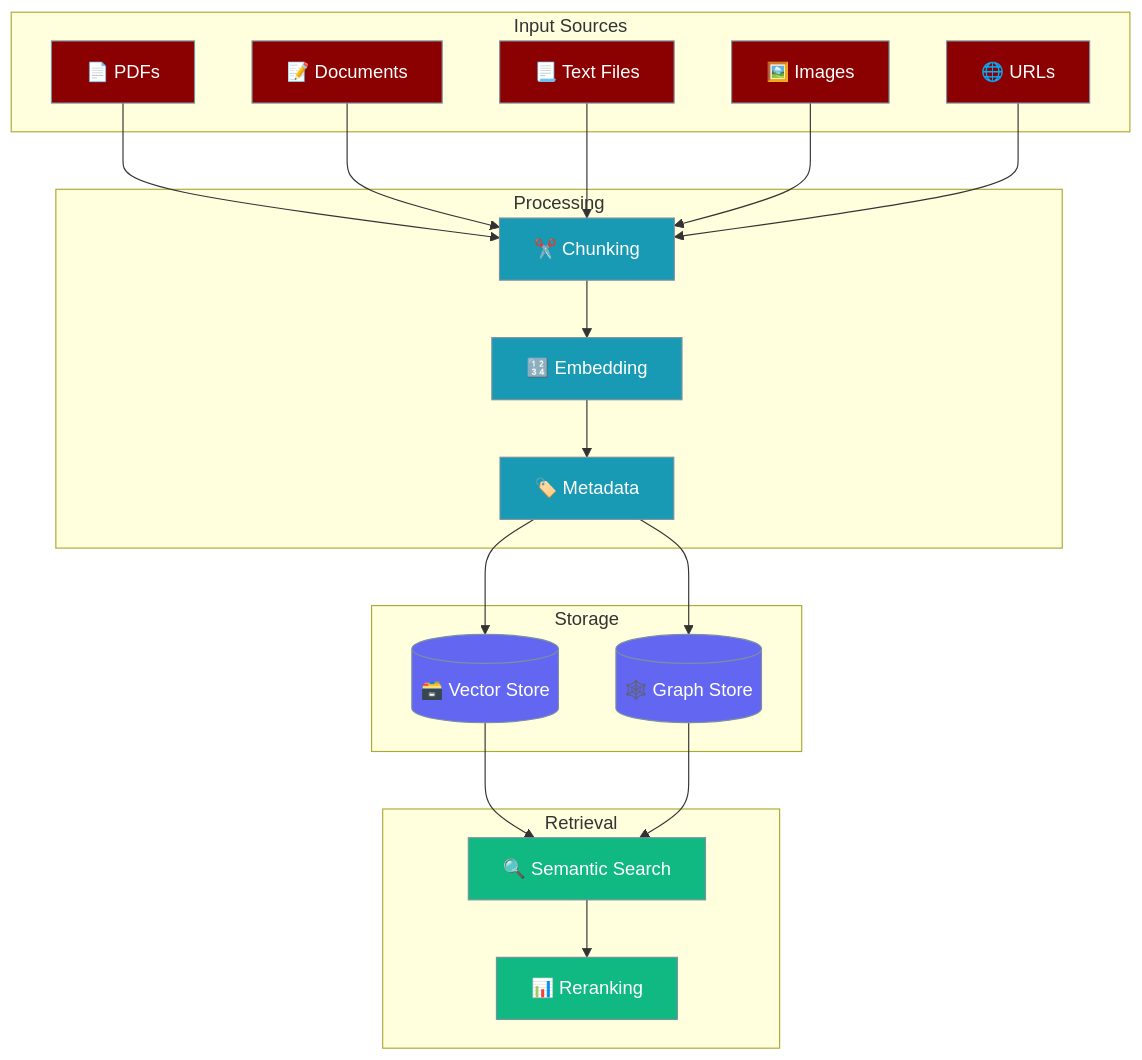
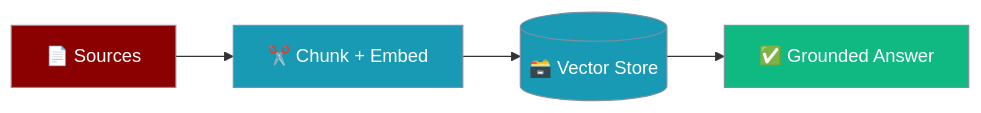
One commit to MervinPraison/PraisonAIDocs changed the first of 3 diagrams in docs/features/knowledge.mdx. Above: the diagram before and after it, drawn with Mermaid. The commit also changed other lines of this file and 9 other files, not shown here.

````diff
--- a/docs/features/knowledge.mdx
+++ b/docs/features/knowledge.mdx
@@ -24,52 +24,14 @@
 ```mermaid
-graph TB
-    subgraph Input Sources
-        PDF[📄 PDFs]
-        DOC[📝 Documents]
-        TXT[📃 Text Files]
-        IMG[🖼️ Images]
-        URL[🌐 URLs]
-    end
-    
-    subgraph Processing
-        CHUNK[✂️ Chunking]
-        EMB[🔢 Embedding]
-        META[🏷️ Metadata]
-    end
-    
-    subgraph Storage
-        VECTOR[(🗃️ Vector Store)]
-        GRAPH[(🕸️ Graph Store)]
-    end
-    
-    subgraph Retrieval
-        SEARCH[🔍 Semantic Search]
-        RERANK[📊 Reranking]
-    end
-    
-    PDF --> CHUNK
-    DOC --> CHUNK
-    TXT --> CHUNK
-    IMG --> CHUNK
-    URL --> CHUNK
-    
-    CHUNK --> EMB
-    EMB --> META
-    META --> VECTOR
-    META --> GRAPH
-    
-    VECTOR --> SEARCH
-    GRAPH --> SEARCH
-    SEARCH --> RERANK
-    
+graph LR
+    Sources[📄 Sources] --> Chunk[✂️ Chunk + Embed]
+    Chunk --> Store[(🗃️ Vector Store)]
+    Store --> Answer[✅ Grounded Answer]
+
     classDef input fill:#8B0000,stroke:#7C90A0,color:#fff
     classDef process fill:#189AB4,stroke:#7C90A0,color:#fff
-    classDef storage fill:#6366F1,stroke:#7C90A0,color:#fff
-    classDef retrieval fill:#10B981,stroke:#7C90A0,color:#fff
-    
-    class PDF,DOC,TXT,IMG,URL input
-    class CHUNK,EMB,META process
-    class VECTOR,GRAPH storage
-    class SEARCH,RERANK retrieval
+    classDef output fill:#10B981,stroke:#7C90A0,color:#fff
 
+    class Sources input
+    class Chunk,Store process
+    class Answer output
 ```
````
